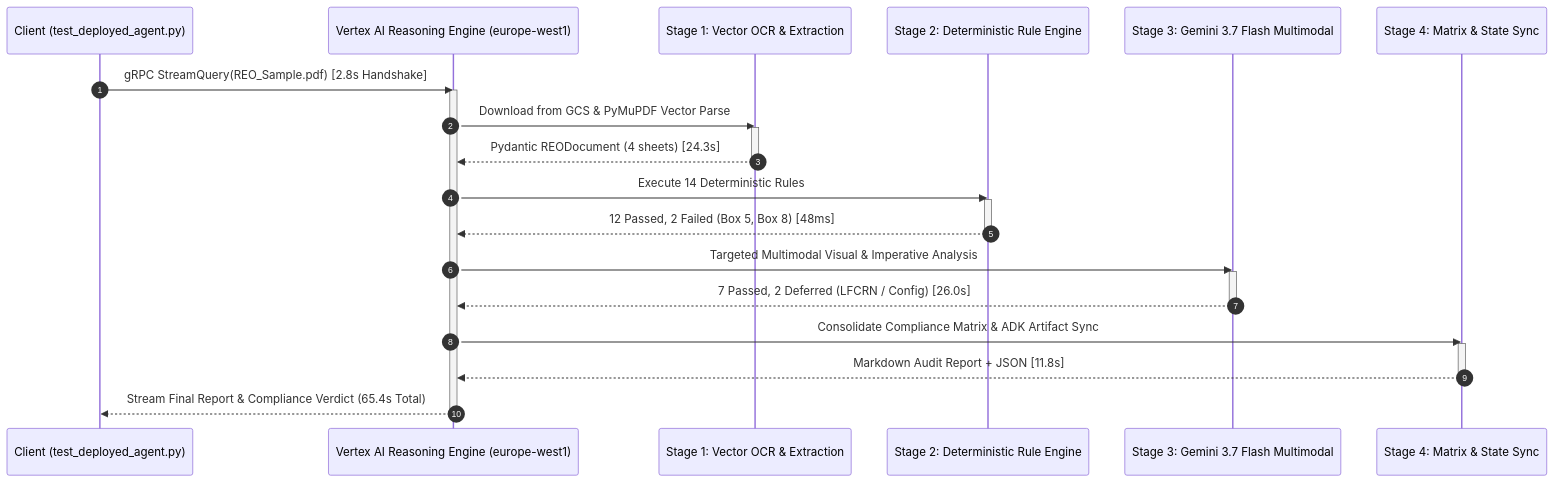
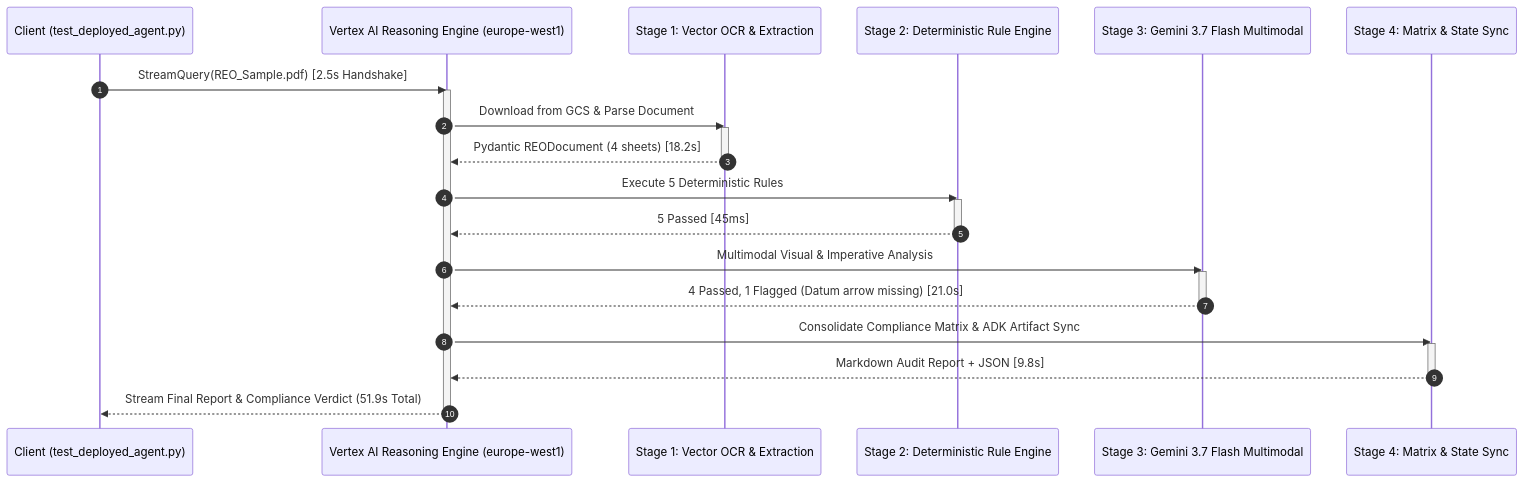
The third of 4 diagrams in examples/aircraft-aerospace-agents/AEROSPACE_REO_COMPLIANCE_BLUEPRINT.md (julius-dev-google/ce-enterprise-blueprint-docs), drawn with Mermaid before and after one commit. The commit also changed other lines of this file and 9 other files, not shown here.

````diff
--- a/examples/aircraft-aerospace-agents/AEROSPACE_REO_COMPLIANCE_BLUEPRINT.md
+++ b/examples/aircraft-aerospace-agents/AEROSPACE_REO_COMPLIANCE_BLUEPRINT.md
@@ -151,31 +129,31 @@
 ```mermaid
 sequenceDiagram
     autonumber
     participant C as Client (test_deployed_agent.py)
     participant RE as Vertex AI Reasoning Engine (europe-west1)
     participant EXT as Stage 1: Vector OCR & Extraction
     participant DET as Stage 2: Deterministic Rule Engine
     participant LLM as Stage 3: Gemini 3.7 Flash Multimodal
     participant REP as Stage 4: Matrix & State Sync
 
-    C->>RE: gRPC StreamQuery(REO_Sample.pdf) [2.8s Handshake]
+    C->>RE: StreamQuery(REO_Sample.pdf) [2.5s Handshake]
     activate RE
-    RE->>EXT: Download from GCS & PyMuPDF Vector Parse
+    RE->>EXT: Download from GCS & Parse Document
     activate EXT
-    EXT-->>RE: Pydantic REODocument (4 sheets) [24.3s]
+    EXT-->>RE: Pydantic REODocument (4 sheets) [18.2s]
     deactivate EXT
-    RE->>DET: Execute 14 Deterministic Rules
+    RE->>DET: Execute 5 Deterministic Rules
     activate DET
-    DET-->>RE: 12 Passed, 2 Failed (Box 5, Box 8) [48ms]
+    DET-->>RE: 5 Passed [45ms]
     deactivate DET
-    RE->>LLM: Targeted Multimodal Visual & Imperative Analysis
+    RE->>LLM: Multimodal Visual & Imperative Analysis
     activate LLM
-    LLM-->>RE: 7 Passed, 2 Deferred (LFCRN / Config) [26.0s]
+    LLM-->>RE: 4 Passed, 1 Flagged (Datum arrow missing) [21.0s]
     deactivate LLM
     RE->>REP: Consolidate Compliance Matrix & ADK Artifact Sync
     activate REP
-    REP-->>RE: Markdown Audit Report + JSON [11.8s]
+    REP-->>RE: Markdown Audit Report + JSON [9.8s]
     deactivate REP
-    RE-->>C: Stream Final Report & Compliance Verdict (65.4s Total)
+    RE-->>C: Stream Final Report & Compliance Verdict (51.9s Total)
     deactivate RE
 ```
````
